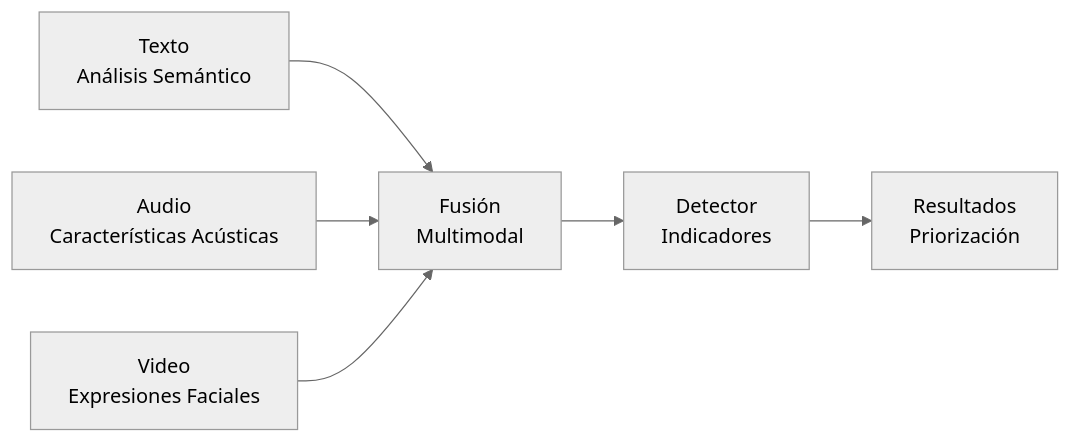
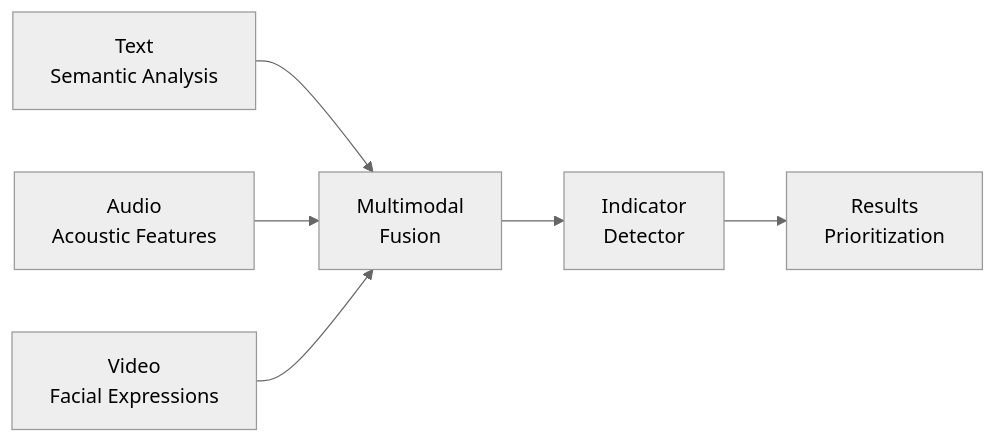
The second of 7 diagrams in _projects/2_project.md (VerbaNexAI/verbanexai.github.io), drawn with Mermaid (neutral theme) before and after one commit. The commit also changed other lines of this file, not shown here.

````diff
--- a/_projects/2_project.md
+++ b/_projects/2_project.md
@@ -40,9 +40,9 @@
 ```mermaid
 graph LR
-    T[Texto<br>Análisis Semántico] --> F[Fusión<br>Multimodal]
-    A[Audio<br>Características Acústicas] --> F
-    V[Video<br>Expresiones Faciales] --> F
+    T[Text<br>Semantic Analysis] --> F[Multimodal<br>Fusion]
+    A[Audio<br>Acoustic Features] --> F
+    V[Video<br>Facial Expressions] --> F
     
-    F --> D[Detector<br>Indicadores]
-    D --> R[Resultados<br>Priorización]
+    F --> D[Indicator<br>Detector]
+    D --> R[Results<br>Prioritization]
 ```
````
